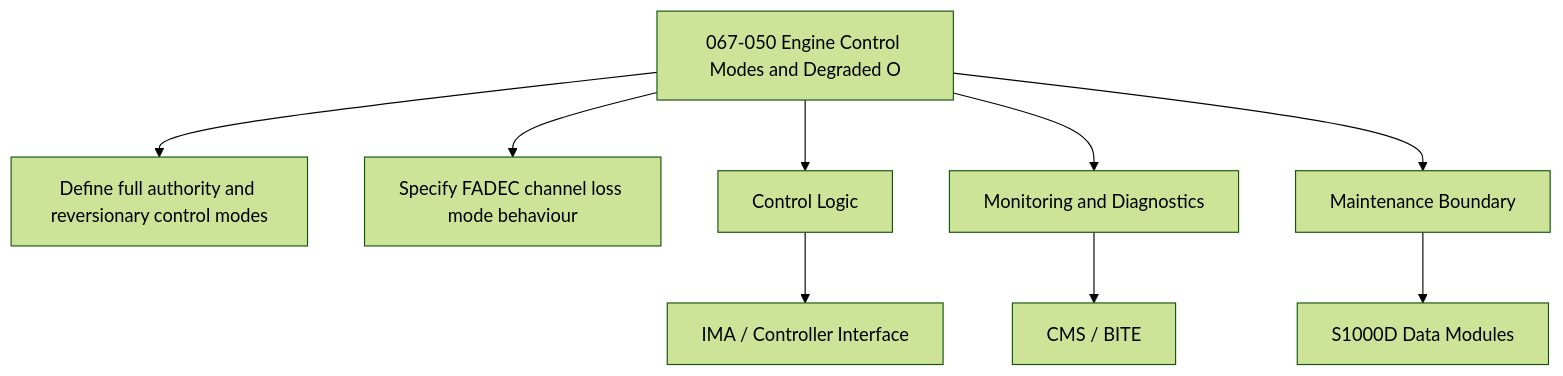
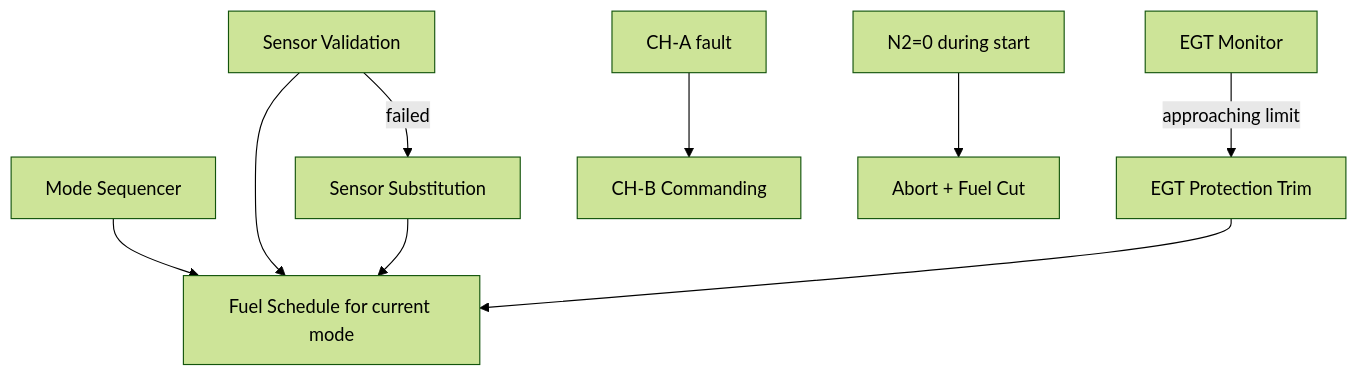
Before and after one commit to AmedeoPelliccia/Qplus-For-All-Queer-People-and-Quantum: the second of 2 diagrams in Q+ATLANTIDE/000-099_ATLAS/060-069_Propulsion-Tradicional/067_Engine-Controls/067-050-Engine-Control-Modes-and-Degraded-Operation.md, drawn with Mermaid (forest theme). The commit also changed other lines of this file and 9 other files, not shown here.

````diff
--- a/Q+ATLANTIDE/000-099_ATLAS/060-069_Propulsion-Tradicional/067_Engine-Controls/067-050-Engine-Control-Modes-and-Degraded-Operation.md
+++ b/Q+ATLANTIDE/000-099_ATLAS/060-069_Propulsion-Tradicional/067_Engine-Controls/067-050-Engine-Control-Modes-and-Degraded-Operation.md
@@ -172,11 +115,11 @@
 ```mermaid
 flowchart TB
-    SYS[067-050 Engine Control Modes and Degraded O] --> F1[Define full authority and reversionary control modes]
-    SYS --> F2[Specify FADEC channel loss mode behaviour]
-    SYS --> CTRL[Control Logic]
-    SYS --> MON[Monitoring and Diagnostics]
-    SYS --> MAINT[Maintenance Boundary]
-    CTRL --> IMA[IMA / Controller Interface]
-    MON --> CMS[CMS / BITE]
-    MAINT --> CSDB[S1000D Data Modules]
+    MODE_SEQ[Mode Sequencer] --> FUEL_SCHED[Fuel Schedule for current mode]
+    SENSOR_VALID[Sensor Validation] --> FUEL_SCHED
+    SENSOR_VALID -- "failed" --> SUBST[Sensor Substitution]
+    SUBST --> FUEL_SCHED
+    EGT_MON[EGT Monitor] -- "approaching limit" --> EGT_TRIM[EGT Protection Trim]
+    EGT_TRIM --> FUEL_SCHED
+    CH_CROSS[CH-A fault] --> CH_B_CMD[CH-B Commanding]
+    LOCKED_ROTOR[N2=0 during start] --> ABORT_LOGIC[Abort + Fuel Cut]
 ```
````
